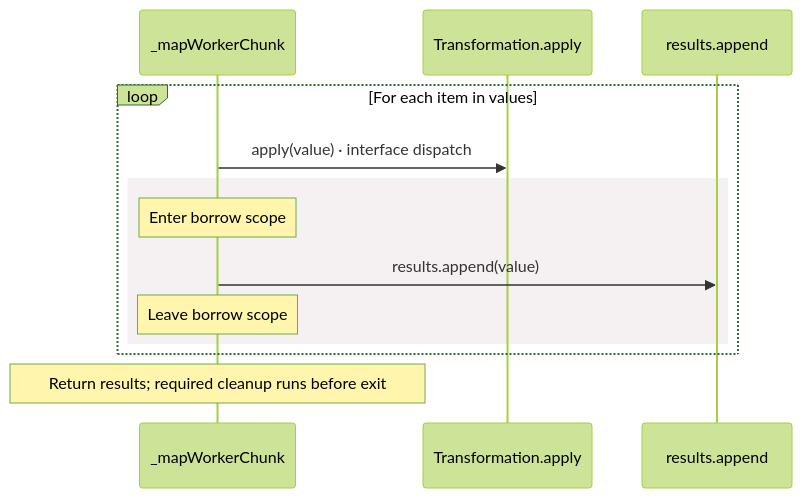
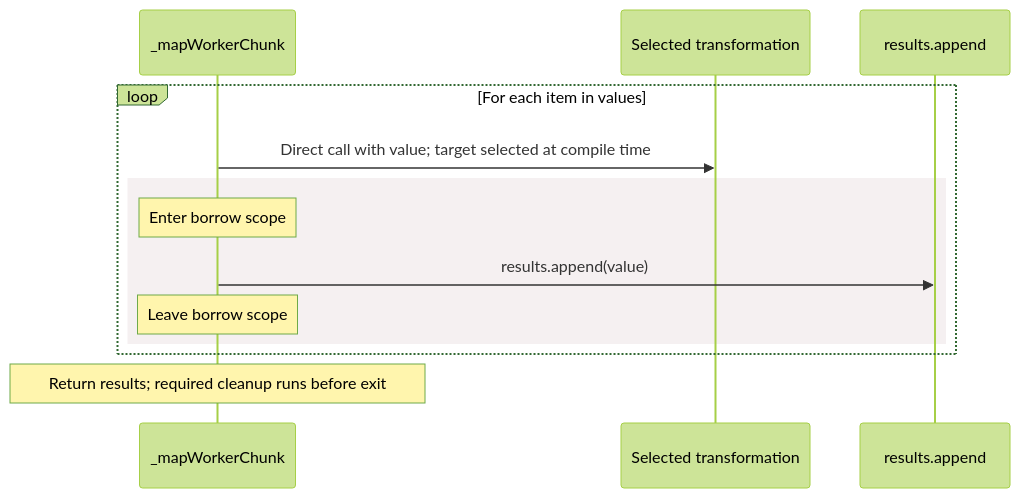
The fourth of 4 diagrams in src/stdlib/collections/workers.aug.diagrams.md (GreenPandaStudios/augscript), drawn with Mermaid (forest theme) before and after one commit. The commit also changed other lines of this file and 5 other files, not shown here.

Commit message:
Explain compile-time worker specialization in generated artifacts

````diff
--- a/src/stdlib/collections/workers.aug.diagrams.md
+++ b/src/stdlib/collections/workers.aug.diagrams.md
@@ -121,15 +121,15 @@
 ```mermaid
 sequenceDiagram
     participant p0 as _mapWorkerChunk
-    participant p1 as Transformation.apply
+    participant p1 as Selected transformation
     participant p2 as results.append
     loop For each item in values
-    p0->>p1: apply(value) · interface dispatch
+    p0->>p1: Direct call with value#59; target selected at compile time
     rect rgb(245, 240, 241)
     Note over p0: Enter borrow scope
     p0->>p2: results.append(value)
     Note over p0: Leave borrow scope
     end
     end
     Note over p0: Return results#59; required cleanup runs before exit
 ```
````
